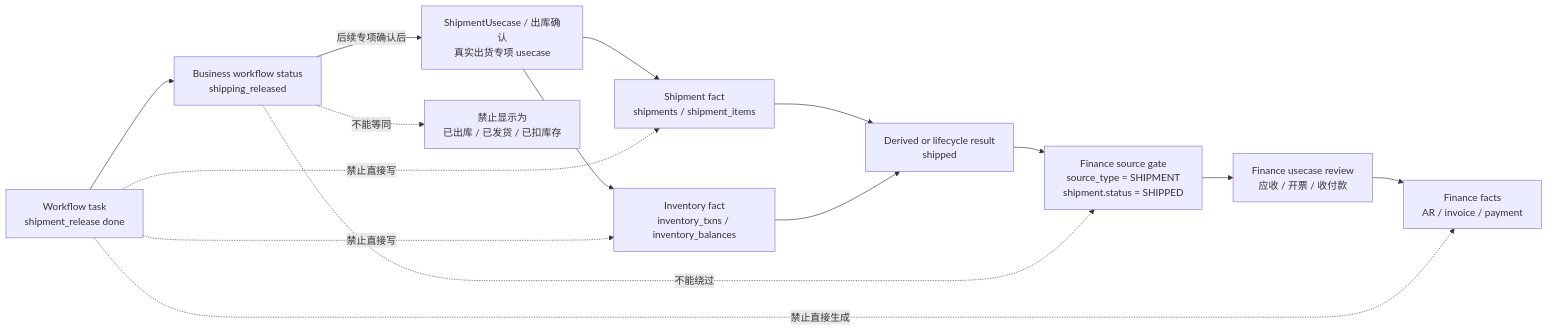
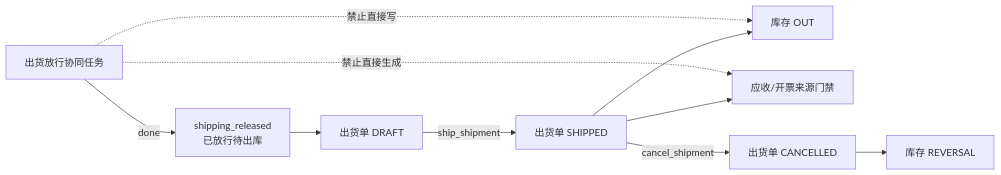
One commit to saurick/plush-toy-erp changed the diagram in docs/architecture/状态工作流事实边界.md. Above: the diagram before and after it, drawn with Mermaid. The commit also changed other lines of this file and 295 other files, not shown here.

````diff
--- a/docs/architecture/状态工作流事实边界.md
+++ b/docs/architecture/状态工作流事实边界.md
@@ -48,29 +78,13 @@
 ```mermaid
 flowchart LR
-  task["Workflow task<br/>shipment_release done"]
-  released["Business workflow status<br/>shipping_released"]
-  shipmentUsecase["ShipmentUsecase / 出库确认<br/>真实出货专项 usecase"]
-  shipmentFact["Shipment fact<br/>shipments / shipment_items"]
-  inventoryFact["Inventory fact<br/>inventory_txns / inventory_balances"]
-  shipped["Derived or lifecycle result<br/>shipped"]
-  financeGate["Finance source gate<br/>source_type = SHIPMENT<br/>shipment.status = SHIPPED"]
-  financeUsecase["Finance usecase review<br/>应收 / 开票 / 收付款"]
-  financeFact["Finance facts<br/>AR / invoice / payment"]
-  wrongLabel["禁止显示为<br/>已出库 / 已发货 / 已扣库存"]
+  releaseTask["出货放行协同任务"] -->|done| released["shipping_released<br/>已放行待出库"]
+  released --> shipment["出货单 DRAFT"]
+  shipment -->|ship_shipment| shipped["出货单 SHIPPED"]
+  shipped --> out["库存 OUT"]
+  shipped --> financeGate["应收/开票来源门禁"]
+  shipped -->|cancel_shipment| cancelled["出货单 CANCELLED"]
+  cancelled --> reversal["库存 REVERSAL"]
 
-  task --> released
-  released -->|后续专项确认后| shipmentUsecase
-  shipmentUsecase --> shipmentFact
-  shipmentUsecase --> inventoryFact
-  shipmentFact --> shipped
-  inventoryFact --> shipped
-  shipped --> financeGate
-  financeGate --> financeUsecase
-  financeUsecase --> financeFact
-
-  task -. 禁止直接写 .-> shipmentFact
-  task -. 禁止直接写 .-> inventoryFact
-  task -. 禁止直接生成 .-> financeFact
-  released -. 不能绕过 .-> financeGate
-  released -. 不能等同 .-> wrongLabel
+  releaseTask -.禁止直接写.-> out
+  releaseTask -.禁止直接生成.-> financeGate
 ```
````
